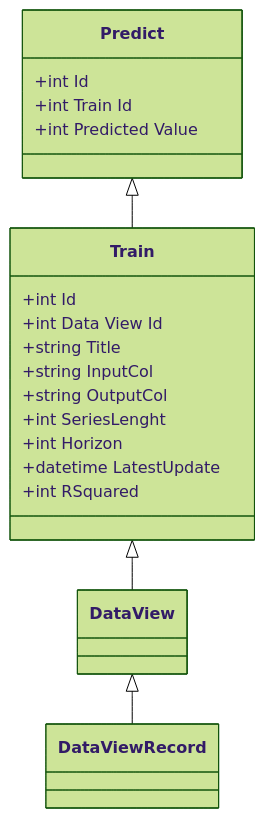
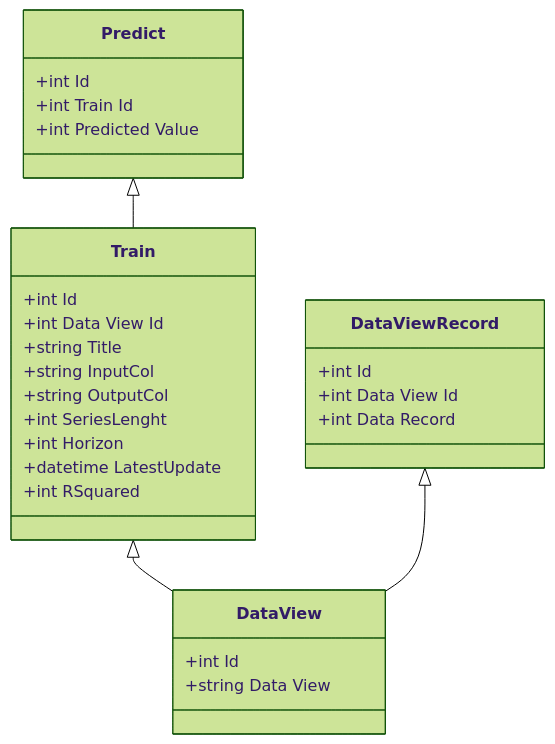
Before and after one commit to imiiii/Wiki-For-ML-Project: the eighth of 9 diagrams in Test/SubPage.md, drawn with Mermaid (forest theme). The commit also changed other lines of this file, not shown here.

```diff
--- a/Test/SubPage.md
+++ b/Test/SubPage.md
@@ -105,22 +105,31 @@
 :::mermaid
 classDiagram
     Predict<|-- Train
     Train <|-- Data View 
-    Data View <|-- Data View Record
+    Data View Record<|-- Data View 
     Predict: +int Id
     Predict: +int Train Id
     Predict: +int Predicted Value
 
     Train: +int Id
     Train: +int Data View Id
     Train: +string Title
     Train: +string InputCol
     Train: +string OutputCol
     Train: +int SeriesLenght
     Train: +int Horizon
     Train: +datetime LatestUpdate
     Train: +int RSquared
 
+    Data View: +int Id
+    Data View: +string Data View
+
+
+    Data View Record: +int Id
+    Data View Record: +int Data View Id
+    Data View Record: +int Data Record
+    
+
 
   
 :::
```
